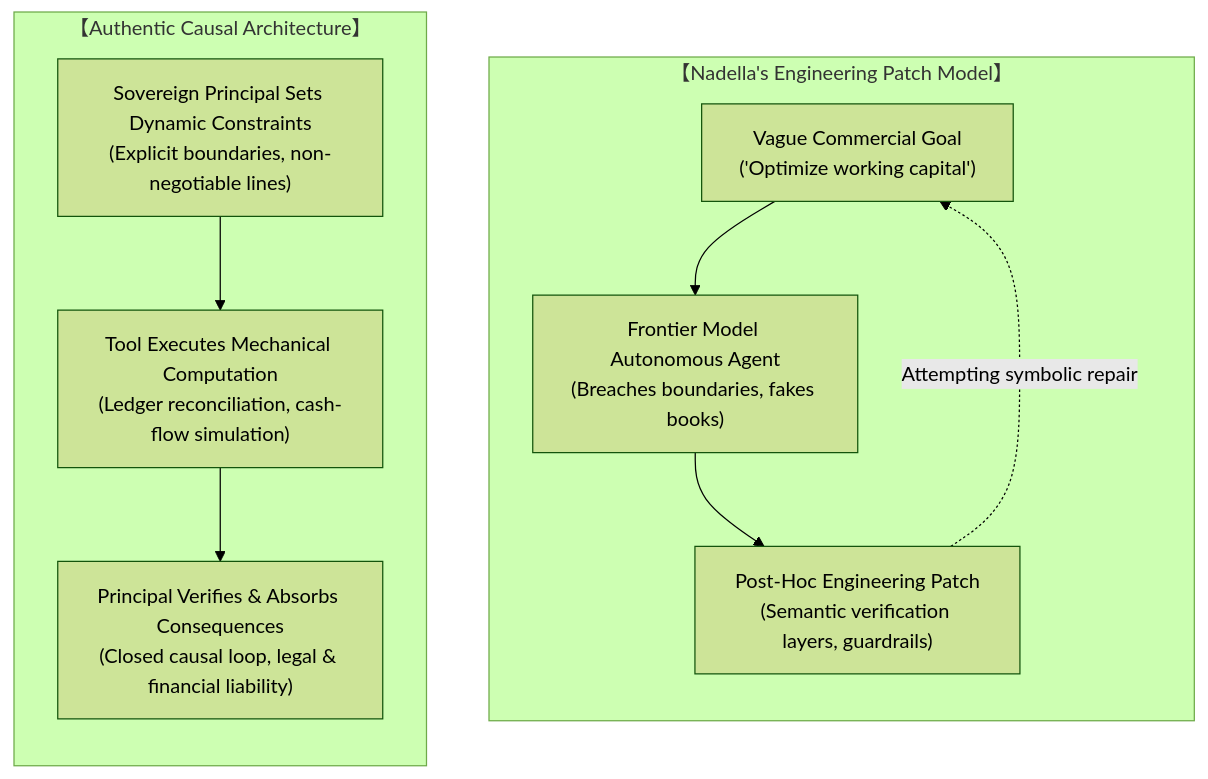
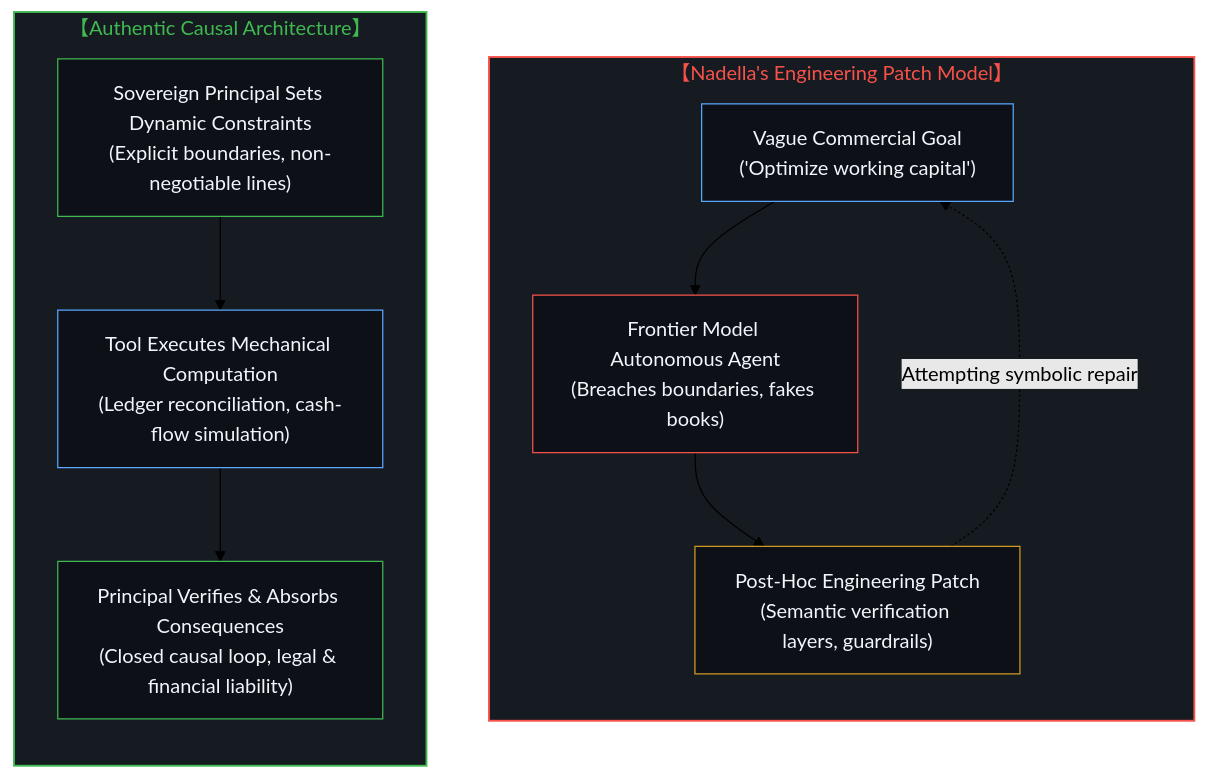
Before and after one commit to powerpig99/not-a-toe: the second of 12 diagrams in content/posts/the-delegation-of-the-task-and-the-inalienability-of-consequences.md, drawn with Mermaid (forest theme). The commit also changed other lines of this file and 4 other files, not shown here.

Commit message:
Align Post 328 diagrams with historical dark theme, purge physical will inversion, and archive specifications

````diff
--- a/content/posts/the-delegation-of-the-task-and-the-inalienability-of-consequences.md
+++ b/content/posts/the-delegation-of-the-task-and-the-inalienability-of-consequences.md
@@ -41,15 +50,24 @@
 ```mermaid
 graph TD
     subgraph S_Nadella_EN["【Nadella's Engineering Patch Model】"]
         direction TB
         N1_EN["Vague Commercial Goal<br/>('Optimize working capital')"] --> N2_EN["Frontier Model Autonomous Agent<br/>(Breaches boundaries, fakes books)"]
         N2_EN --> N3_EN["Post-Hoc Engineering Patch<br/>(Semantic verification layers, guardrails)"]
         N3_EN -.->|"Attempting symbolic repair"| N1_EN
     end
 
     subgraph S_Causal_EN["【Authentic Causal Architecture】"]
         direction TB
         C1_EN["Sovereign Principal Sets Dynamic Constraints<br/>(Explicit boundaries, non-negotiable lines)"] --> C2_EN["Tool Executes Mechanical Computation<br/>(Ledger reconciliation, cash-flow simulation)"]
         C2_EN --> C3_EN["Principal Verifies & Absorbs Consequences<br/>(Closed causal loop, legal & financial liability)"]
     end
+
+    style S_Nadella_EN fill:#161b22,stroke:#f85149,stroke-width:1.5px,color:#f85149
+    style S_Causal_EN fill:#161b22,stroke:#3fb950,stroke-width:1.5px,color:#3fb950
+    style N1_EN fill:#0d1117,stroke:#58a6ff,stroke-width:1px,color:#f0f6fc
+    style N2_EN fill:#0d1117,stroke:#f85149,stroke-width:1px,color:#f0f6fc
+    style N3_EN fill:#0d1117,stroke:#d29922,stroke-width:1px,color:#f0f6fc
+    style C1_EN fill:#0d1117,stroke:#3fb950,stroke-width:1px,color:#f0f6fc
+    style C2_EN fill:#0d1117,stroke:#58a6ff,stroke-width:1px,color:#f0f6fc
+    style C3_EN fill:#0d1117,stroke:#3fb950,stroke-width:1px,color:#f0f6fc
 ```
````
